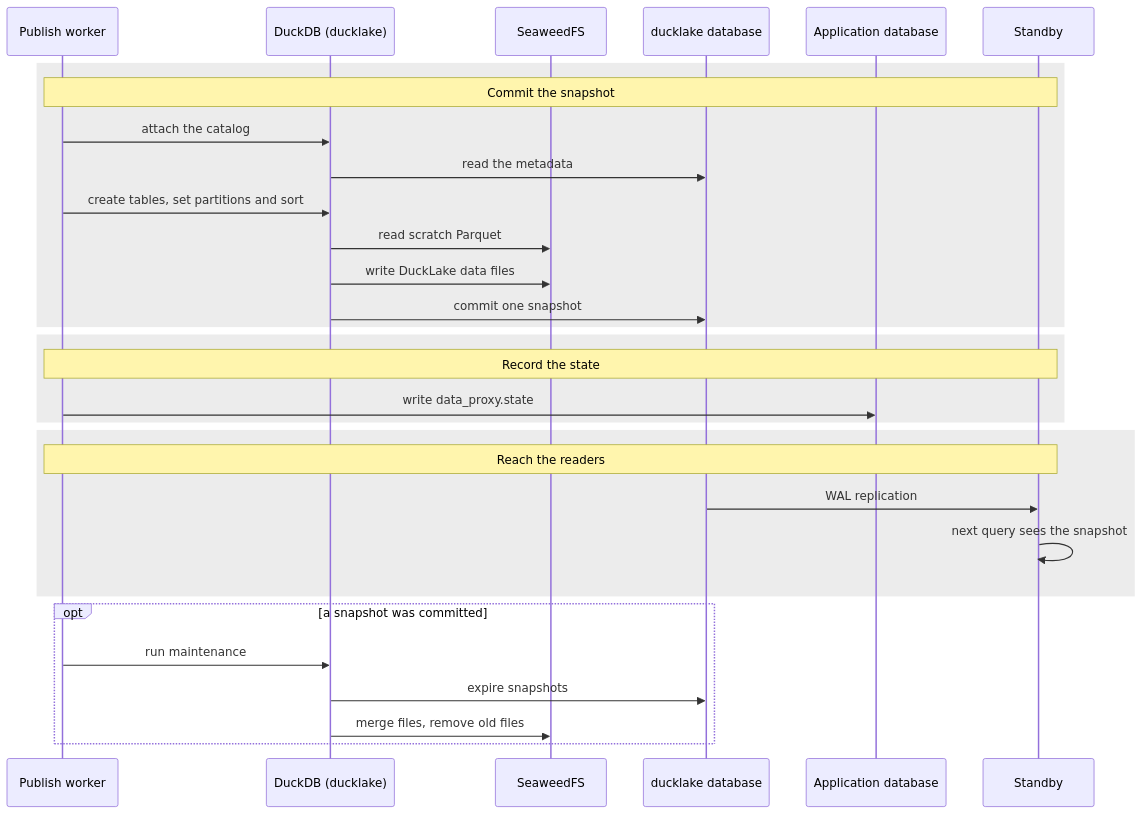
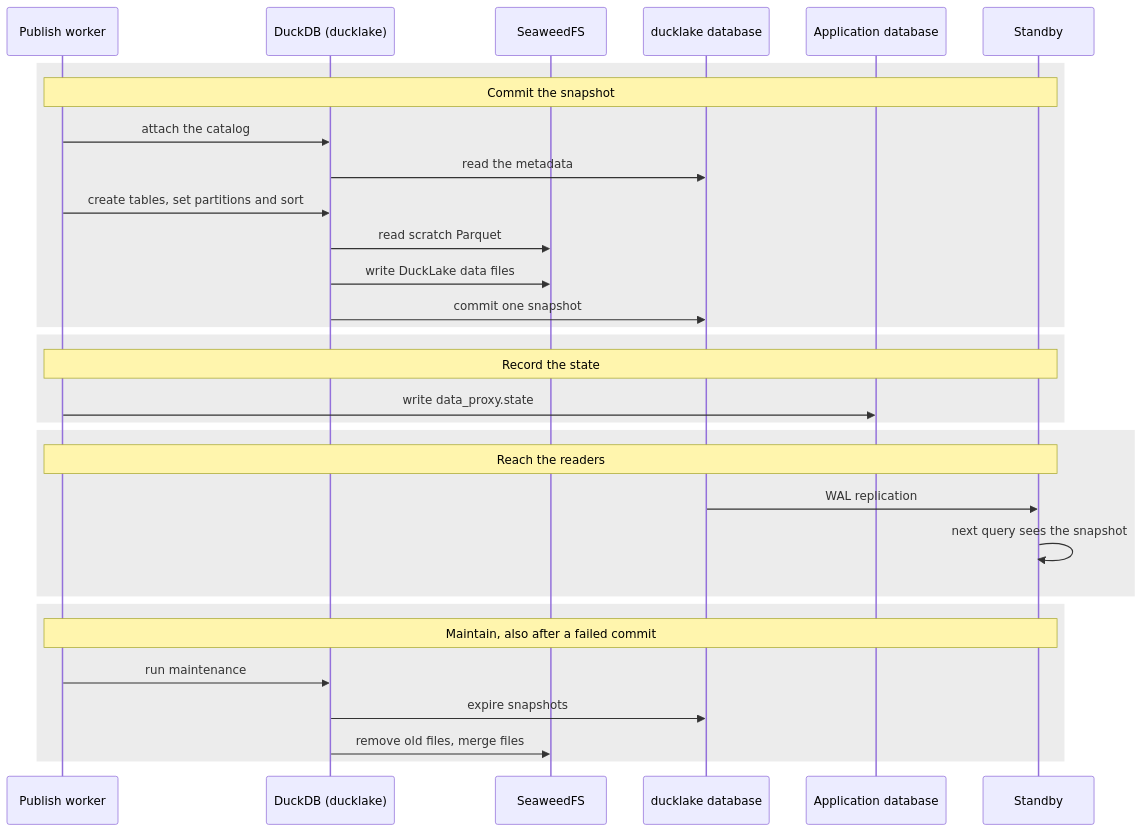
One commit to prefeitura-rio/data-proxy changed the second of 2 diagrams in docs/architecture/sync.md. Above: the diagram before and after it, drawn with Mermaid. The commit also changed other lines of this file and 8 other files, not shown here.

First line of the commit message:
fix(sync): run the DuckLake maintenance also when the commit publishes nothing or fails [DEV-811] (#63)

````diff
--- a/docs/architecture/sync.md
+++ b/docs/architecture/sync.md
@@ -98,33 +98,34 @@
 ```mermaid
 %% DuckLake publication sequence
 sequenceDiagram
   participant wk as Publish worker
   participant dd as DuckDB (ducklake)
   participant s3 as SeaweedFS
   participant cat as ducklake database
   participant app as Application database
   participant sb as Standby
   rect rgba(128, 128, 128, 0.15)
     Note over wk,sb: Commit the snapshot
     wk->>dd: attach the catalog
     dd->>cat: read the metadata
     wk->>dd: create tables, set partitions and sort
     dd->>s3: read scratch Parquet
     dd->>s3: write DuckLake data files
     dd->>cat: commit one snapshot
   end
   rect rgba(128, 128, 128, 0.15)
     Note over wk,sb: Record the state
     wk->>app: write data_proxy.state
   end
   rect rgba(128, 128, 128, 0.15)
     Note over wk,sb: Reach the readers
     cat->>sb: WAL replication
     sb->>sb: next query sees the snapshot
   end
-  opt a snapshot was committed
+  rect rgba(128, 128, 128, 0.15)
+    Note over wk,sb: Maintain, also after a failed commit
     wk->>dd: run maintenance
     dd->>cat: expire snapshots
-    dd->>s3: merge files, remove old files
+    dd->>s3: remove old files, merge files
   end
 ```
````
